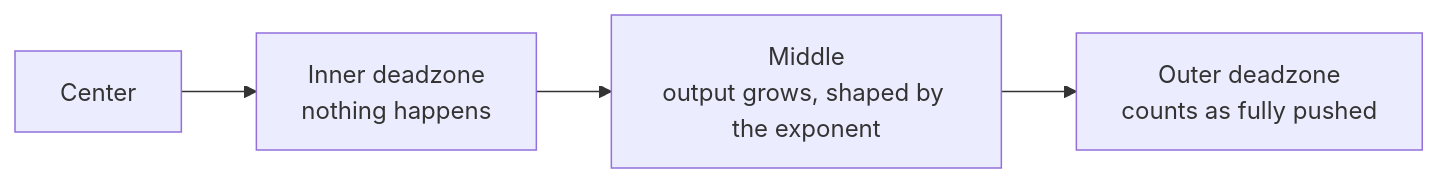
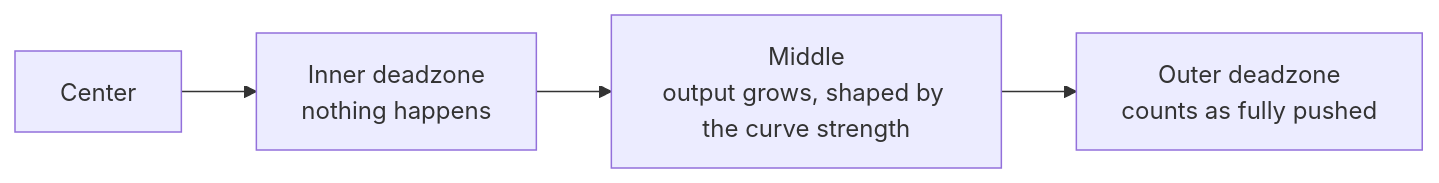
One commit to xsyetopz/OpenJoystickDriver changed the second of 4 diagrams in wiki/Sticks-Triggers-Touchpad-and-Motion.md. Above: the diagram before and after it, drawn with Mermaid. The commit also changed other lines of this file and 27 other files, not shown here.

````diff
--- a/wiki/Sticks-Triggers-Touchpad-and-Motion.md
+++ b/wiki/Sticks-Triggers-Touchpad-and-Motion.md
@@ -58,6 +58,6 @@
 ```mermaid
 flowchart LR
     C[Center] --> I[Inner deadzone<br/>nothing happens]
-    I --> M[Middle<br/>output grows, shaped by the exponent]
+    I --> M[Middle<br/>output grows, shaped by the curve strength]
     M --> O[Outer deadzone<br/>counts as fully pushed]
 ```
````
